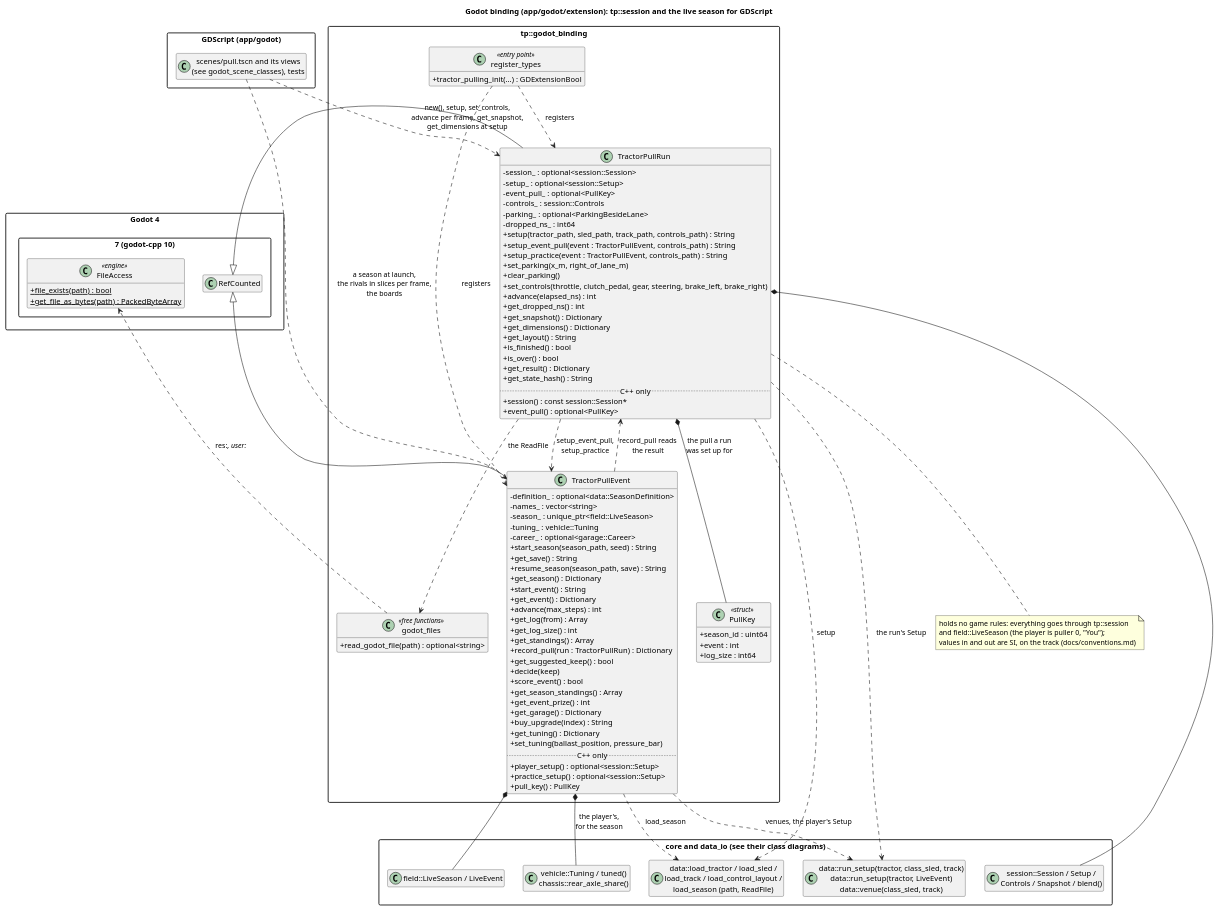
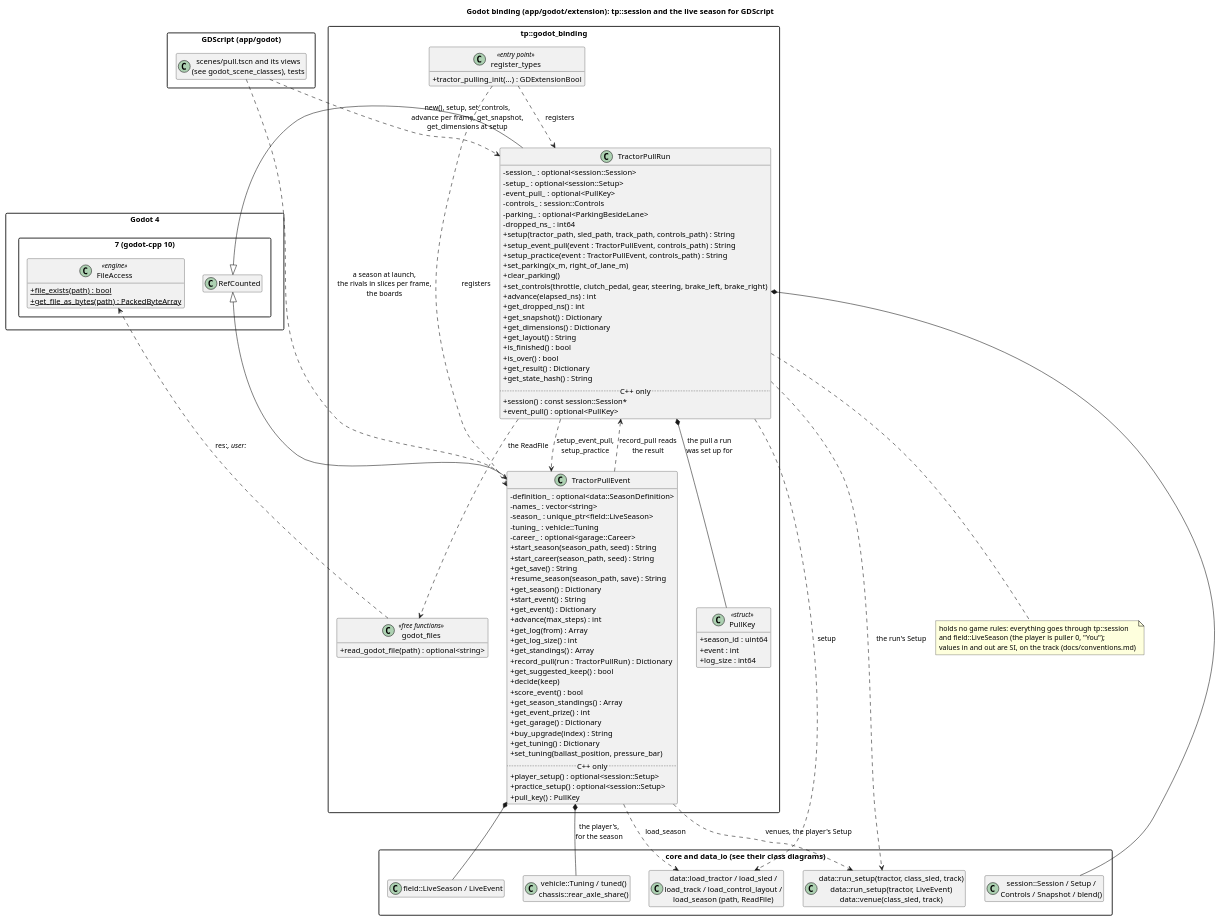
Before and after one commit to wversteeg/TractorPulling: the diagram in docs/diagrams/godot_classes.puml, drawn with PlantUML. The commit also changed 15 other files, not shown here.

```diff
--- a/docs/diagrams/godot_classes.puml
+++ b/docs/diagrams/godot_classes.puml
@@ -1,121 +1,122 @@
 @startuml godot_classes
 title Godot binding (app/godot/extension): tp::session and the live season for GDScript
 hide empty members
 skinparam packageStyle rectangle
 skinparam classAttributeIconSize 0
 
 package "Godot 4.7 (godot-cpp 10)" {
   class RefCounted
   class FileAccess <<engine>> {
     +{static} file_exists(path) : bool
     +{static} get_file_as_bytes(path) : PackedByteArray
   }
 }
 
 package "tp::godot_binding" {
   class TractorPullRun {
     -session_ : optional<session::Session>
     -setup_ : optional<session::Setup>
     -event_pull_ : optional<PullKey>
     -controls_ : session::Controls
     -parking_ : optional<ParkingBesideLane>
     -dropped_ns_ : int64
     +setup(tractor_path, sled_path, track_path, controls_path) : String
     +setup_event_pull(event : TractorPullEvent, controls_path) : String
     +setup_practice(event : TractorPullEvent, controls_path) : String
     +set_parking(x_m, right_of_lane_m)
     +clear_parking()
     +set_controls(throttle, clutch_pedal, gear, steering, brake_left, brake_right)
     +advance(elapsed_ns) : int
     +get_dropped_ns() : int
     +get_snapshot() : Dictionary
     +get_dimensions() : Dictionary
     +get_layout() : String
     +is_finished() : bool
     +is_over() : bool
     +get_result() : Dictionary
     +get_state_hash() : String
     ..C++ only..
     +session() : const session::Session*
     +event_pull() : optional<PullKey>
   }
   class TractorPullEvent {
     -definition_ : optional<data::SeasonDefinition>
     -names_ : vector<string>
     -season_ : unique_ptr<field::LiveSeason>
     -tuning_ : vehicle::Tuning
     -career_ : optional<garage::Career>
     +start_season(season_path, seed) : String
+    +start_career(season_path, seed) : String
     +get_save() : String
     +resume_season(season_path, save) : String
     +get_season() : Dictionary
     +start_event() : String
     +get_event() : Dictionary
     +advance(max_steps) : int
     +get_log(from) : Array
     +get_log_size() : int
     +get_standings() : Array
     +record_pull(run : TractorPullRun) : Dictionary
     +get_suggested_keep() : bool
     +decide(keep)
     +score_event() : bool
     +get_season_standings() : Array
     +get_event_prize() : int
     +get_garage() : Dictionary
     +buy_upgrade(index) : String
     +get_tuning() : Dictionary
     +set_tuning(ballast_position, pressure_bar)
     ..C++ only..
     +player_setup() : optional<session::Setup>
     +practice_setup() : optional<session::Setup>
     +pull_key() : PullKey
   }
   class PullKey <<struct>> {
     +season_id : uint64
     +event : int
     +log_size : int64
   }
   TractorPullRun *-- PullKey : the pull a run\nwas set up for
   class "godot_files" as Files <<free functions>> {
     +read_godot_file(path) : optional<string>
   }
   class "register_types" as Register <<entry point>> {
     +tractor_pulling_init(...) : GDExtensionBool
   }
 }
 
 package "core and data_io (see their class diagrams)" {
   class "session::Session / Setup /\nControls / Snapshot / blend()" as Session
   class "data::load_tractor / load_sled /\nload_track / load_control_layout /\nload_season (path, ReadFile)" as Loaders
   class "data::run_setup(tractor, class_sled, track)\ndata::run_setup(tractor, LiveEvent)\ndata::venue(class_sled, track)" as RunSetup
   class "field::LiveSeason / LiveEvent" as Live
   class "vehicle::Tuning / tuned()\nchassis::rear_axle_share()" as Tuning
 }
 
 package "GDScript (app/godot)" {
   class "scenes/pull.tscn and its views\n(see godot_scene_classes), tests" as Scripts
 }
 
 RefCounted <|-- TractorPullRun
 RefCounted <|-- TractorPullEvent
 Register ..> TractorPullRun : registers
 Register ..> TractorPullEvent : registers
 TractorPullEvent *-- Live
 TractorPullEvent *-- Tuning : the player's,\nfor the season
 TractorPullEvent ..> Loaders : load_season
 TractorPullEvent ..> RunSetup : venues, the player's Setup
 TractorPullRun ..> TractorPullEvent : setup_event_pull,\nsetup_practice
 TractorPullEvent ..> TractorPullRun : record_pull reads\nthe result
 TractorPullRun *-- Session
 TractorPullRun ..> Loaders : setup
 TractorPullRun ..> RunSetup : the run's Setup
 TractorPullRun ..> Files : the ReadFile
 Files ..> FileAccess : res://, user://
 Scripts ..> TractorPullRun : new(), setup, set_controls,\nadvance per frame, get_snapshot,\nget_dimensions at setup
 Scripts ..> TractorPullEvent : a season at launch,\nthe rivals in slices per frame,\nthe boards
 note bottom of TractorPullRun
   holds no game rules: everything goes through tp::session
   and field::LiveSeason (the player is puller 0, "You");
   values in and out are SI, on the track (docs/conventions.md)
 end note
 @enduml
```
